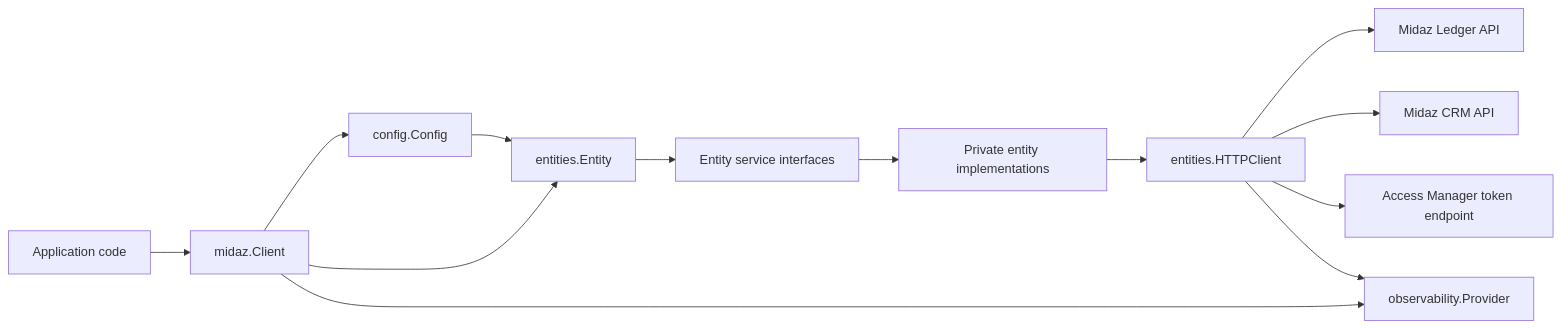
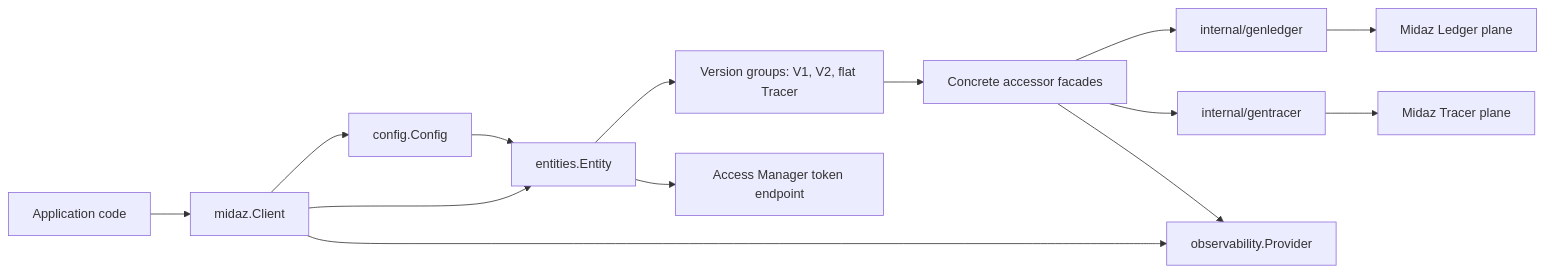
One commit to LerianStudio/midaz-sdk-golang changed the first of 3 diagrams in docs/comprehensive-architecture.md. Above: the diagram before and after it, drawn with Mermaid. The commit also changed other lines of this file and 12 other files, not shown here.

First line of the commit message:
docs: align architecture, pagination and example docs with the shipped surface

````diff
--- a/docs/comprehensive-architecture.md
+++ b/docs/comprehensive-architecture.md
@@ -21,18 +21,19 @@
 ```mermaid
 flowchart LR
     App[Application code] --> Client[midaz.Client]
     Client --> Config[config.Config]
     Client --> Entity[entities.Entity]
 
     Config --> Entity
-    Entity --> Services[Entity service interfaces]
-    Services --> Impl[Private entity implementations]
-    Impl --> HTTP[entities.HTTPClient]
+    Entity --> Groups[Version groups: V1, V2, flat Tracer]
+    Groups --> Facades[Concrete accessor facades]
+    Facades --> GenLedger[internal/genledger]
+    Facades --> GenTracer[internal/gentracer]
 
-    HTTP --> Ledger[Midaz Ledger API]
-    HTTP --> CRM[Midaz CRM API]
-    HTTP --> Access[Access Manager token endpoint]
+    GenLedger --> Ledger[Midaz Ledger plane]
+    GenTracer --> Tracer[Midaz Tracer plane]
+    Entity --> Access[Access Manager token endpoint]
 
     Client --> Obs[observability.Provider]
-    HTTP --> Obs
+    Facades --> Obs
 ```
````
